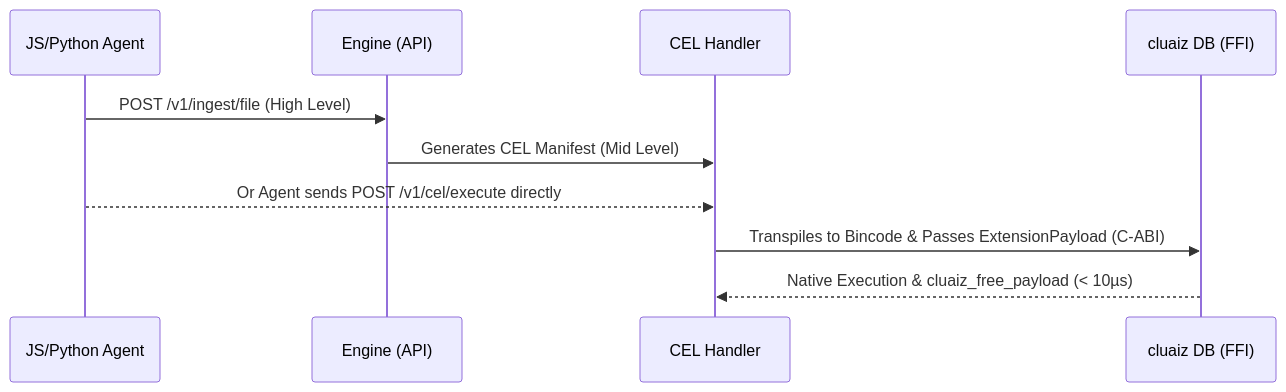
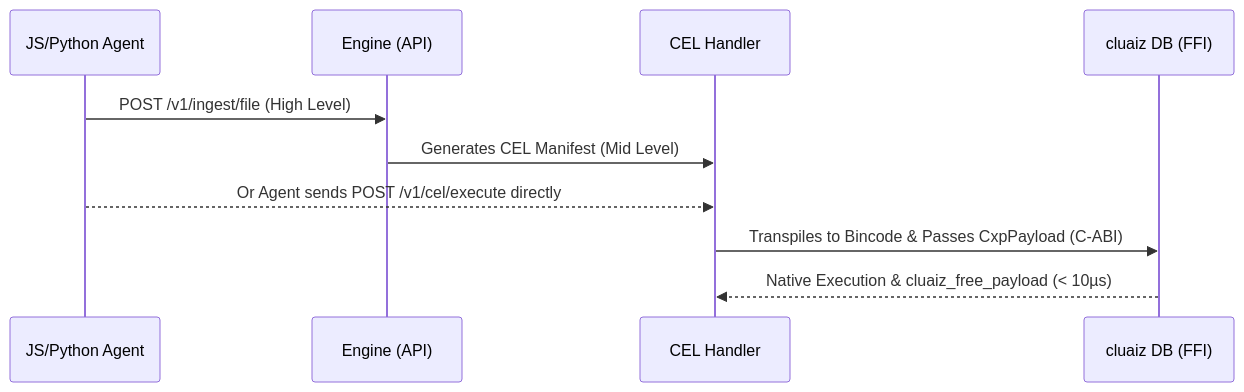
One commit to ayan-kushwaha/Cluaiz- changed the diagram in docs/architecture/cel-ffi-api-execution.md. Above: the diagram before and after it, drawn with Mermaid. The commit also changed other lines of this file and 109 other files, not shown here.

````diff
--- a/docs/architecture/cel-ffi-api-execution.md
+++ b/docs/architecture/cel-ffi-api-execution.md
@@ -12,13 +12,13 @@
 ```mermaid
 sequenceDiagram
     participant JS/Python Agent
     participant Engine (API)
     participant CEL Handler
     participant cluaiz DB (FFI)
 
     JS/Python Agent->>Engine (API): POST /v1/ingest/file (High Level)
     Engine (API)->>CEL Handler: Generates CEL Manifest (Mid Level)
     JS/Python Agent-->>CEL Handler: Or Agent sends POST /v1/cel/execute directly
-    CEL Handler->>cluaiz DB (FFI): Transpiles to Bincode & Passes ExtensionPayload (C-ABI)
+    CEL Handler->>cluaiz DB (FFI): Transpiles to Bincode & Passes CxpPayload (C-ABI)
     cluaiz DB (FFI)-->>CEL Handler: Native Execution & cluaiz_free_payload (< 10µs)
 ```
````
